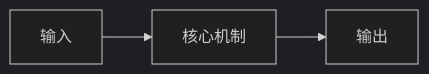
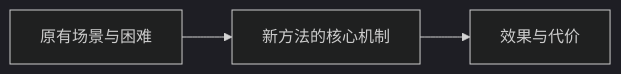
Before and after one commit to shikanon/my-deep-learning-journey: the diagram in templates/knowledge-note.md, drawn with Mermaid (dark theme). The commit also changed other lines of this file and 138 other files, not shown here.

````diff
--- a/templates/knowledge-note.md
+++ b/templates/knowledge-note.md
@@ -30,4 +34,4 @@
 ```mermaid
 flowchart LR
-    A[输入] --> B[核心机制] --> C[输出]
+    A[原有场景与困难] --> B[新方法的核心机制] --> C[效果与代价]
 ```
````
